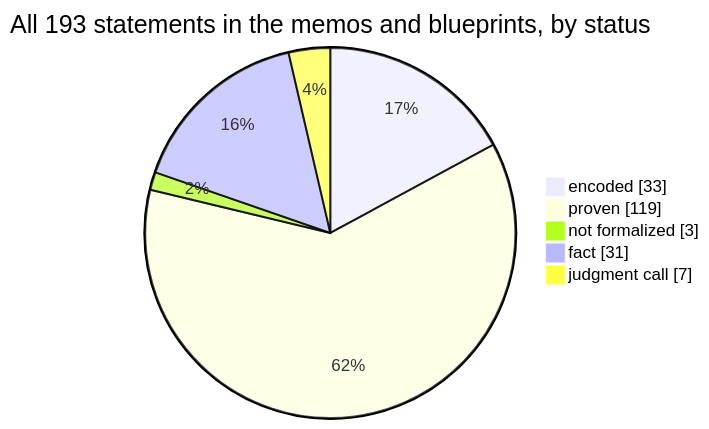
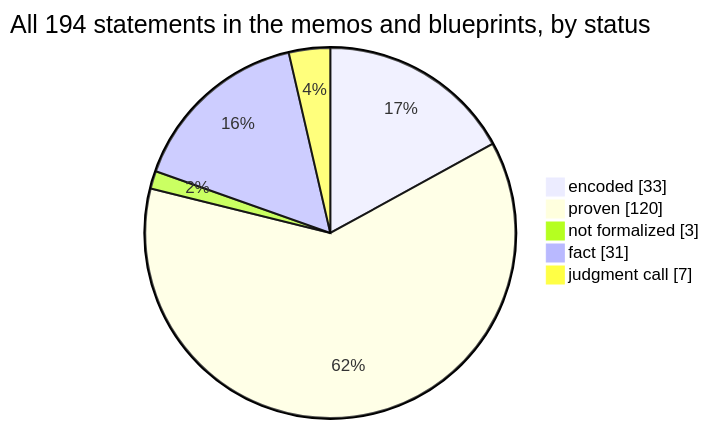
One commit to SeanWMurray/Canteen changed the first of 4 diagrams in docs/graphs/dashboard.md. Above: the diagram before and after it, drawn with Mermaid. The commit also changed other lines of this file and 16 other files, not shown here.

````diff
--- a/docs/graphs/dashboard.md
+++ b/docs/graphs/dashboard.md
@@ -11,8 +11,8 @@
 ```mermaid
-pie showData title All 193 statements in the memos and blueprints, by status
+pie showData title All 194 statements in the memos and blueprints, by status
     "encoded" : 33
-    "proven" : 119
+    "proven" : 120
     "not formalized" : 3
     "fact" : 31
     "judgment call" : 7
 ```
````
